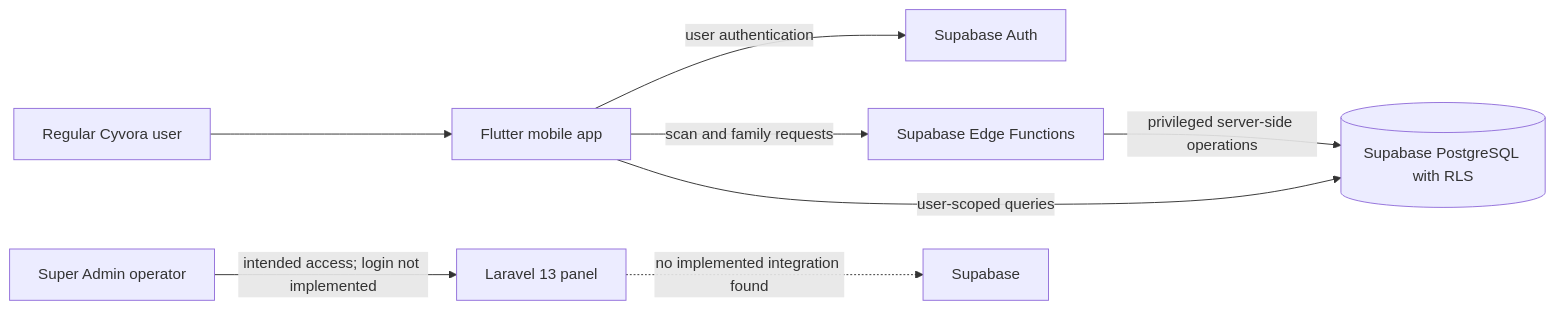
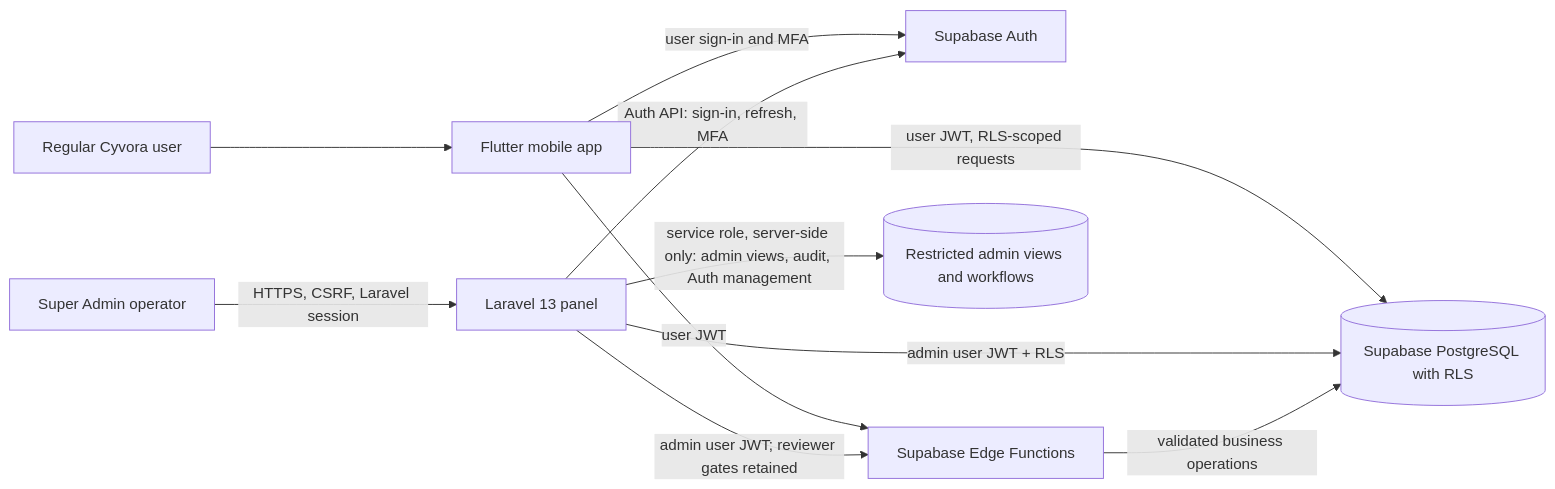
One commit to XueShadow/Cyvora changed the diagram in docs/CYVORA_ARCHITECTURE.md. Above: the diagram before and after it, drawn with Mermaid. The commit also changed other lines of this file and 52 other files, not shown here.

First line of the commit message:
Build secure Cyvora Super Admin panel

````diff
--- a/docs/CYVORA_ARCHITECTURE.md
+++ b/docs/CYVORA_ARCHITECTURE.md
@@ -54,10 +55,13 @@
 ```mermaid
 flowchart LR
-  admin[Super Admin operator] -->|intended access; login not implemented| laravel[Laravel 13 panel]
+  admin[Super Admin operator] -->|HTTPS, CSRF, Laravel session| laravel[Laravel 13 panel]
   user[Regular Cyvora user] --> flutter[Flutter mobile app]
-  flutter -->|user authentication| auth[Supabase Auth]
-  flutter -->|scan and family requests| edge[Supabase Edge Functions]
-  flutter -->|user-scoped queries| db[(Supabase PostgreSQL with RLS)]
-  edge -->|privileged server-side operations| db
-  laravel -.->|no implemented integration found| supabase[Supabase]
+  flutter -->|user sign-in and MFA| auth[Supabase Auth]
+  flutter -->|user JWT, RLS-scoped requests| db[(Supabase PostgreSQL with RLS)]
+  flutter -->|user JWT| edge[Supabase Edge Functions]
+  laravel -->|Auth API: sign-in, refresh, MFA| auth
+  laravel -->|service role, server-side only: admin views, audit, Auth management| adminDb[(Restricted admin views and workflows)]
+  laravel -->|admin user JWT + RLS| db
+  laravel -->|admin user JWT; reviewer gates retained| edge
+  edge -->|validated business operations| db
 ```
````
